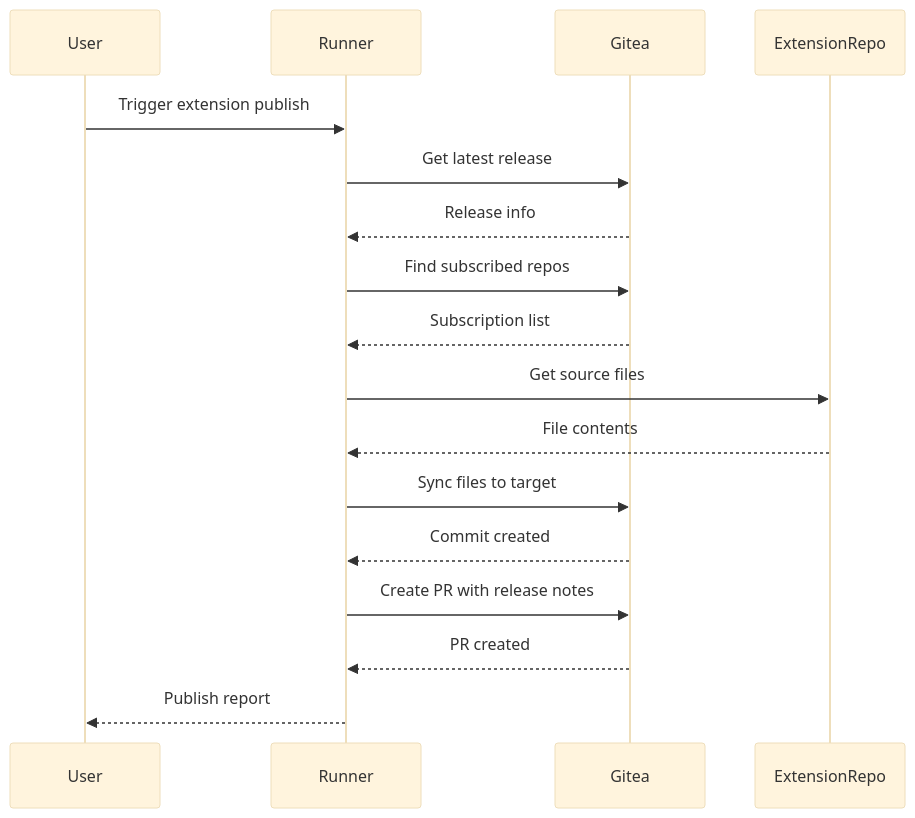
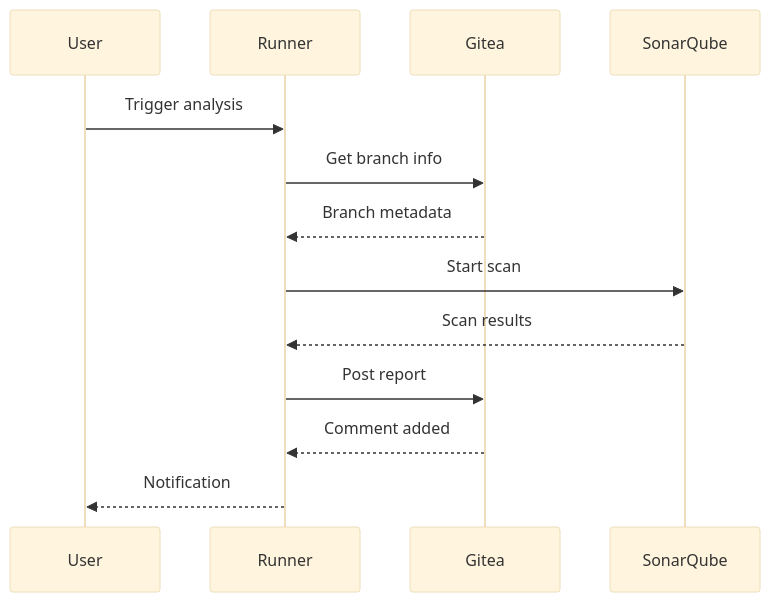
The second of 2 diagrams in .qoder/repowiki/en/content/Advanced Integrations/Advanced Integrations.md (Kargones/apk-ci), drawn with Mermaid (base theme) before and after one commit. The commit also changed other lines of this file and 2036 other files, not shown here.

````diff
--- a/.qoder/repowiki/en/content/Advanced Integrations/Advanced Integrations.md
+++ b/.qoder/repowiki/en/content/Advanced Integrations/Advanced Integrations.md
@@ -196,19 +180,15 @@
 ```mermaid
 sequenceDiagram
 participant User
 participant Runner
 participant Gitea
-participant ExtensionRepo
-User->>Runner : Trigger extension publish
-Runner->>Gitea : Get latest release
-Gitea-->>Runner : Release info
-Runner->>Gitea : Find subscribed repos
-Gitea-->>Runner : Subscription list
-Runner->>ExtensionRepo : Get source files
-ExtensionRepo-->>Runner : File contents
-Runner->>Gitea : Sync files to target
-Gitea-->>Runner : Commit created
-Runner->>Gitea : Create PR with release notes
-Gitea-->>Runner : PR created
-Runner-->>User : Publish report
+participant SonarQube
+User->>Runner : Trigger analysis
+Runner->>Gitea : Get branch info
+Gitea-->>Runner : Branch metadata
+Runner->>SonarQube : Start scan
+SonarQube-->>Runner : Scan results
+Runner->>Gitea : Post report
+Gitea-->>Runner : Comment added
+Runner-->>User : Notification
 ```
````
